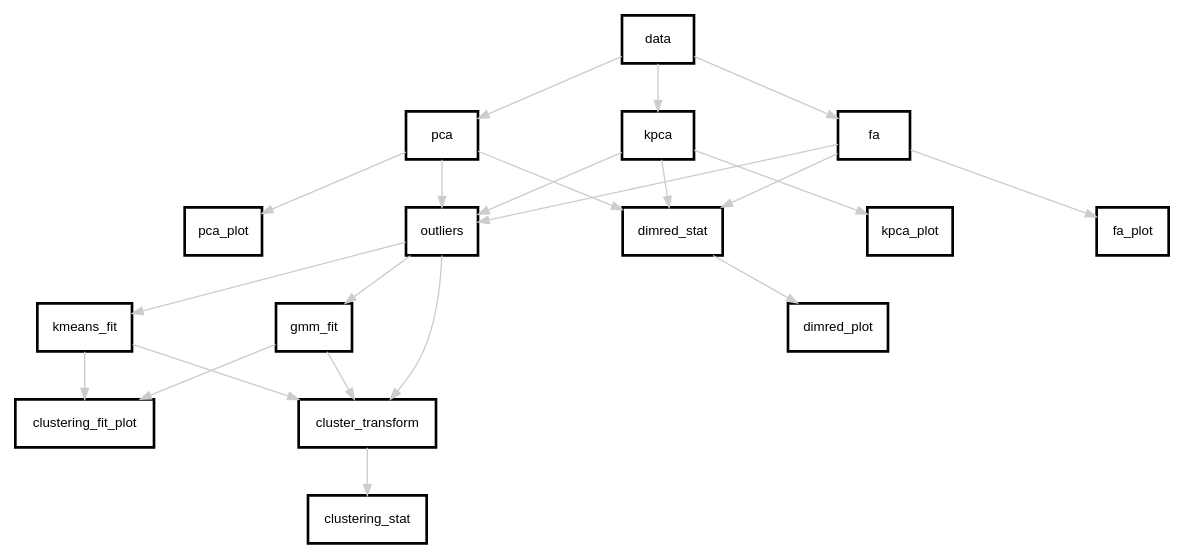
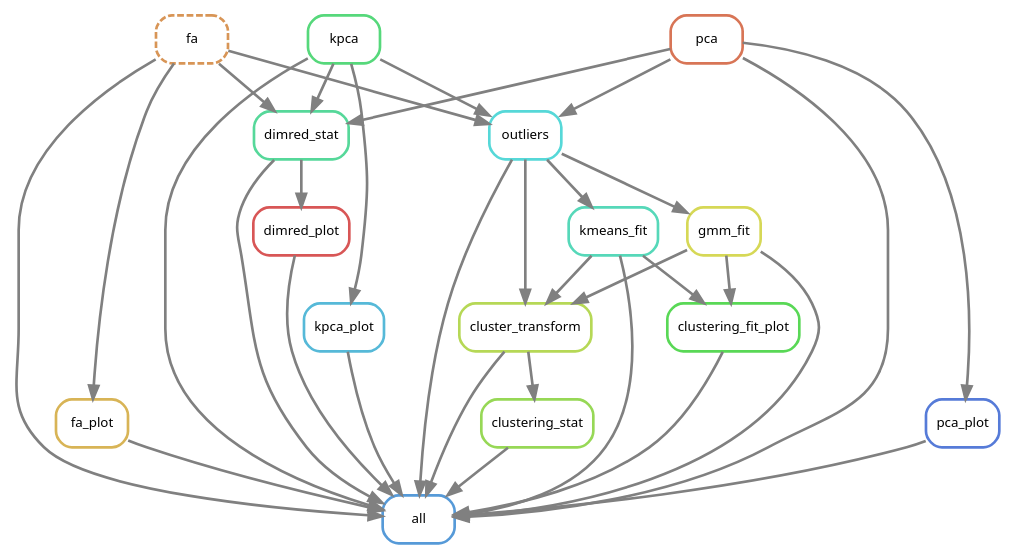
One commit to cbg-ethz/pybda changed the diagram in fig/snakeflow.dot. Above: the diagram before and after it, drawn with Graphviz. The commit also changed 11 other files, not shown here.

```diff
--- a/fig/snakeflow.dot
+++ b/fig/snakeflow.dot
@@ -1,42 +1,52 @@
 digraph snakemake_dag {
-    graph[bgcolor=white, margin=0,fontname="helvetica"];
-    node[shape=rectangle, style=rectangle, fontname="helvetica", fontsize=10, penwidth=2];
-    edge[penwidth=1, color=grey80, arrowsize=.8];
-    nodesep=1.5;
-    15[label = "data",style="rectangle"];
-	1[label = "pca",style="rectangle"];
-	2[label = "pca_plot", style="rectangle"];
-	3[label = "outliers", style="rectangle"];
-	4[label = "fa", style="rectangle"];
-	5[label = "cluster_transform",style="rectangle"];
-	6[label = "gmm_fit",  style="rectangle"];
-	7[label = "dimred_stat",style="rectangle"];
-	8[label = "kpca", style="rectangle"];
-	9[label = "kpca_plot", style="rectangle"];
-	10[label = "clustering_stat", style="rectangle"];
-	11[label = "kmeans_fit",  style="rectangle"];
-	12[label = "dimred_plot",  style="rectangle"];
-	13[label = "fa_plot",  style="rectangle"];
-	14[label = "clustering_fit_plot",style="rectangle"];	
-	15 -> 1
-	15 -> 4
-	15 -> 8
-	1 -> 2
-	8 -> 3
+    graph[bgcolor=white, margin=0];
+    node[shape=box, style=rounded, fontname=sans,                 fontsize=10, penwidth=2];
+    edge[penwidth=2, color=grey];
+	0[label = "all", color = "0.58 0.6 0.85", style="rounded"];
+	1[label = "gmm_fit", color = "0.17 0.6 0.85", style="rounded"];
+	2[label = "dimred_stat", color = "0.42 0.6 0.85", style="rounded"];
+	3[label = "cluster_transform", color = "0.21 0.6 0.85", style="rounded"];
+	4[label = "clustering_stat", color = "0.25 0.6 0.85", style="rounded"];
+	5[label = "kpca_plot", color = "0.54 0.6 0.85", style="rounded"];
+	6[label = "fa", color = "0.08 0.6 0.85", style="rounded,dashed"];
+	7[label = "pca", color = "0.04 0.6 0.85", style="rounded"];
+	8[label = "fa_plot", color = "0.12 0.6 0.85", style="rounded"];
+	9[label = "outliers", color = "0.50 0.6 0.85", style="rounded"];
+	10[label = "kpca", color = "0.38 0.6 0.85", style="rounded"];
+	11[label = "dimred_plot", color = "0.00 0.6 0.85", style="rounded"];
+	12[label = "clustering_fit_plot", color = "0.33 0.6 0.85", style="rounded"];
+	13[label = "kmeans_fit", color = "0.46 0.6 0.85", style="rounded"];
+	14[label = "pca_plot", color = "0.62 0.6 0.85", style="rounded"];
+	1 -> 0
+	2 -> 0
+	3 -> 0
+	4 -> 0
+	5 -> 0
+	6 -> 0
+	7 -> 0
+	8 -> 0
+	9 -> 0
+	10 -> 0
+	11 -> 0
+	12 -> 0
+	13 -> 0
+	14 -> 0
+	9 -> 1
+	7 -> 2
+	6 -> 2
+	10 -> 2
+	13 -> 3
+	9 -> 3
 	1 -> 3
-	4 -> 3
-	11 -> 5
-	6 -> 5
-	3 -> 5
-	3 -> 6
-	8 -> 7
-	1 -> 7
-	4 -> 7
-	8 -> 9
-	5 -> 10
-	3 -> 11
-	7 -> 12
-	4 -> 13
-	11 -> 14
-	6 -> 14
+	3 -> 4
+	10 -> 5
+	6 -> 8
+	7 -> 9
+	6 -> 9
+	10 -> 9
+	2 -> 11
+	13 -> 12
+	1 -> 12
+	9 -> 13
+	7 -> 14
 }            
```
